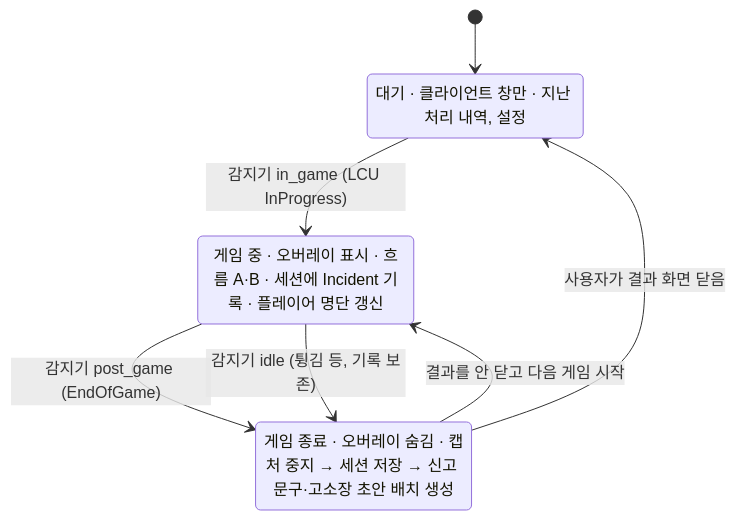
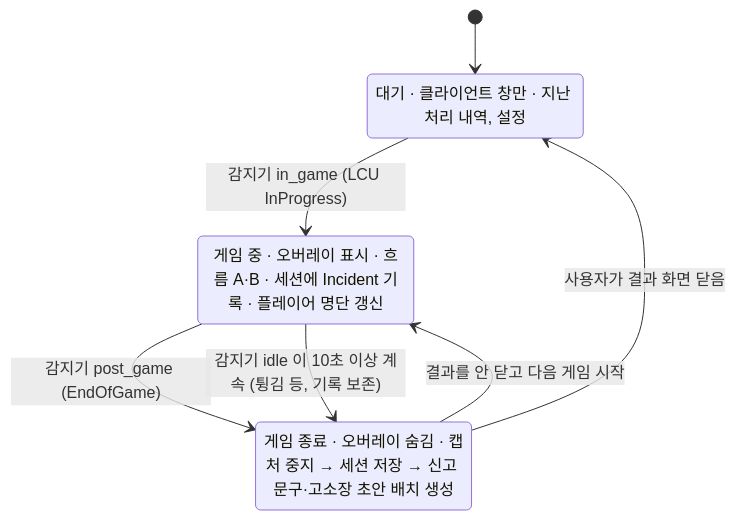
The second of 2 diagrams in docs/ARCHITECTURE.md (makerspaceSiwoo/clean-chat), drawn with Mermaid before and after one commit. The commit also changed other lines of this file and 16 other files, not shown here.

````diff
--- a/docs/ARCHITECTURE.md
+++ b/docs/ARCHITECTURE.md
@@ -67,12 +67,12 @@
 ```mermaid
 stateDiagram-v2
     [*] --> IDLE
     IDLE --> IN_GAME: 감지기 in_game (LCU InProgress)
     IN_GAME --> POST_GAME: 감지기 post_game (EndOfGame)
-    IN_GAME --> POST_GAME: 감지기 idle (튕김 등, 기록 보존)
+    IN_GAME --> POST_GAME: 감지기 idle 이 10초 이상 계속 (튕김 등, 기록 보존)
     POST_GAME --> IDLE: 사용자가 결과 화면 닫음
     POST_GAME --> IN_GAME: 결과를 안 닫고 다음 게임 시작
     IDLE: 대기 · 클라이언트 창만 · 지난 처리 내역, 설정
     IN_GAME: 게임 중 · 오버레이 표시 · 흐름 A·B · 세션에 Incident 기록 · 플레이어 명단 갱신
     POST_GAME: 게임 종료 · 오버레이 숨김 · 캡처 중지 → 세션 저장 → 신고 문구·고소장 초안 배치 생성
 ```
````
